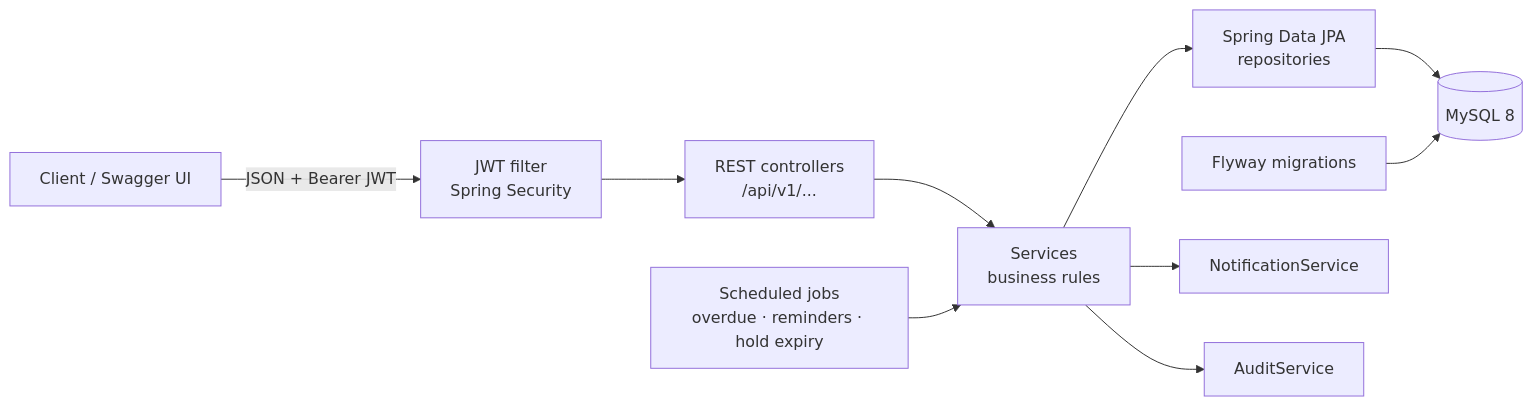
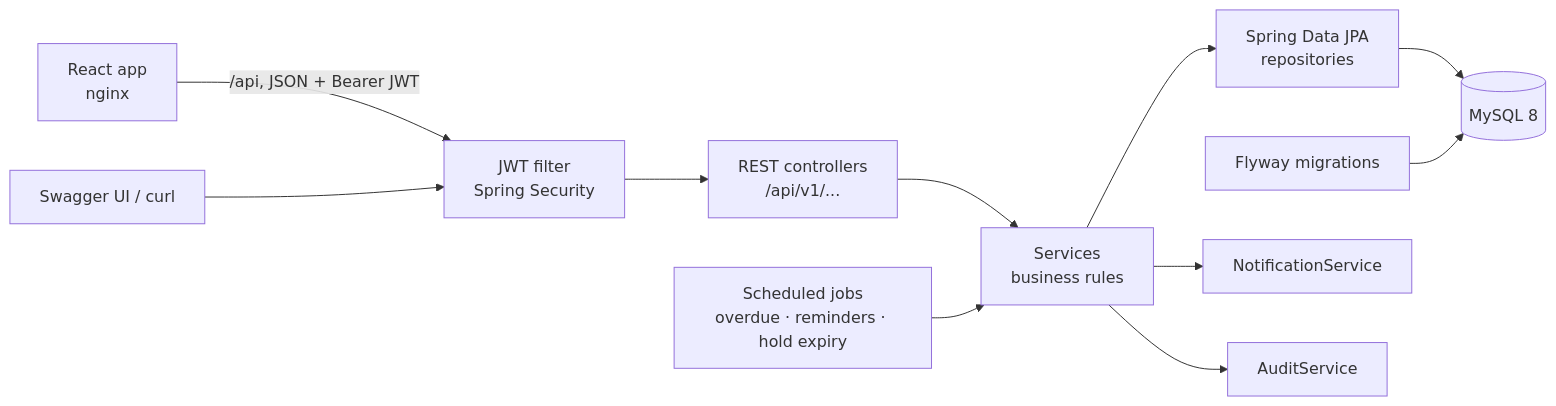
Before and after one commit to Hemant-Mhalsekar/ShelfSpace: the first of 2 diagrams in README.md, drawn with Mermaid. The commit also changed other lines of this file and 31 other files, not shown here.

````diff
--- a/README.md
+++ b/README.md
@@ -23,12 +25,13 @@
 ```mermaid
 flowchart LR
-    C[Client / Swagger UI] -->|JSON + Bearer JWT| F[JWT filter<br/>Spring Security]
+    W[React app<br/>nginx] -->|/api, JSON + Bearer JWT| F[JWT filter<br/>Spring Security]
+    C[Swagger UI / curl] --> F
     F --> CT[REST controllers<br/>/api/v1/...]
     CT --> S[Services<br/>business rules]
     S --> R[Spring Data JPA<br/>repositories]
     R --> DB[(MySQL 8)]
     J[Scheduled jobs<br/>overdue · reminders · hold expiry] --> S
     FW[Flyway migrations] --> DB
     S --> N[NotificationService]
     S --> A[AuditService]
 ```
````
